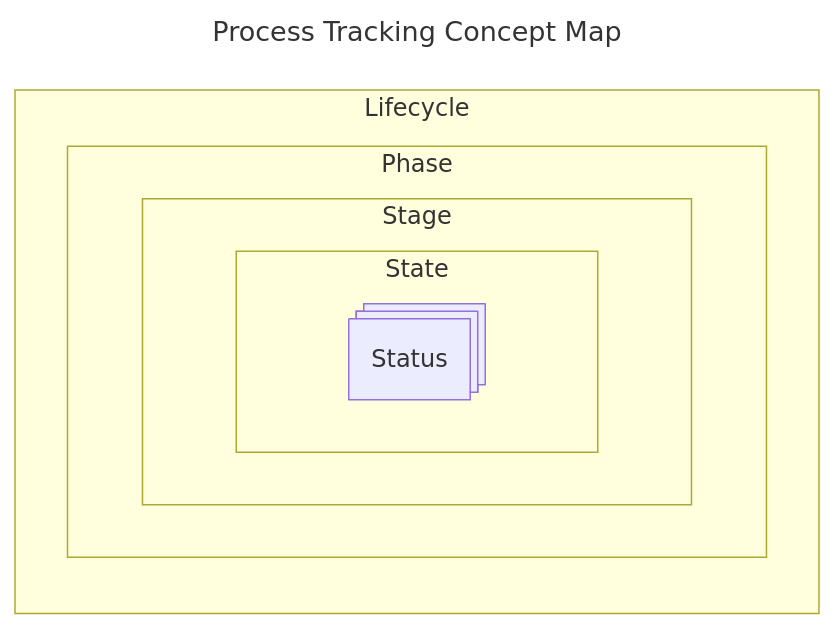
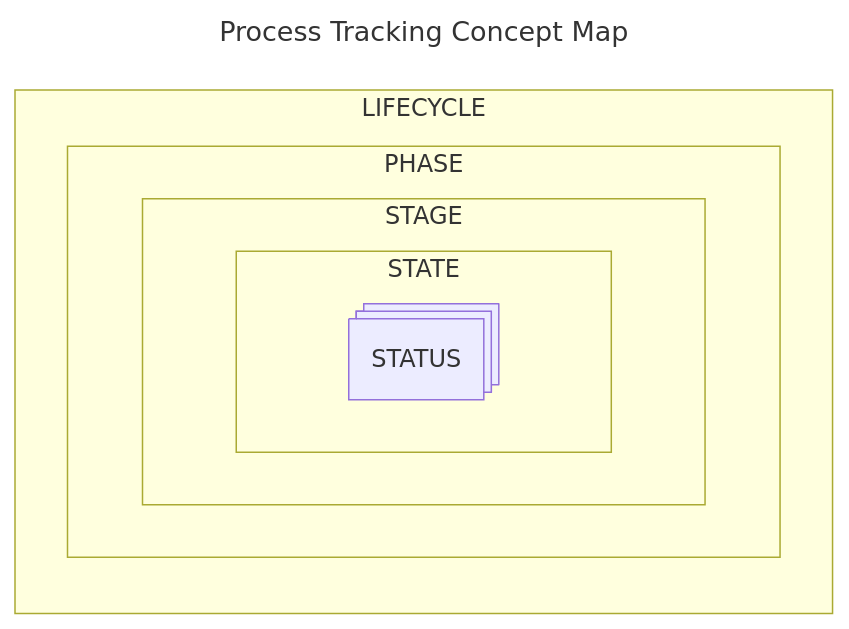
The diagram in docs/spec/code_system/process_tracking.md (bcgov/nr-pies), drawn with Mermaid before and after one commit. The commit also changed other lines of this file and 6 other files, not shown here.

````diff
--- a/docs/spec/code_system/process_tracking.md
+++ b/docs/spec/code_system/process_tracking.md
@@ -26,17 +26,17 @@
 ```mermaid
 ---
 title: Process Tracking Concept Map
 ---
 flowchart LR
-  Status@{ shape: processes }
+  STATUS@{ shape: processes }
 
-  subgraph Lifecycle
-    subgraph Phase
-      subgraph Stage
-        subgraph State
-          Status
+  subgraph LIFECYCLE
+    subgraph PHASE
+      subgraph STAGE
+        subgraph STATE
+          STATUS
         end
       end
     end
   end
 ```
````
